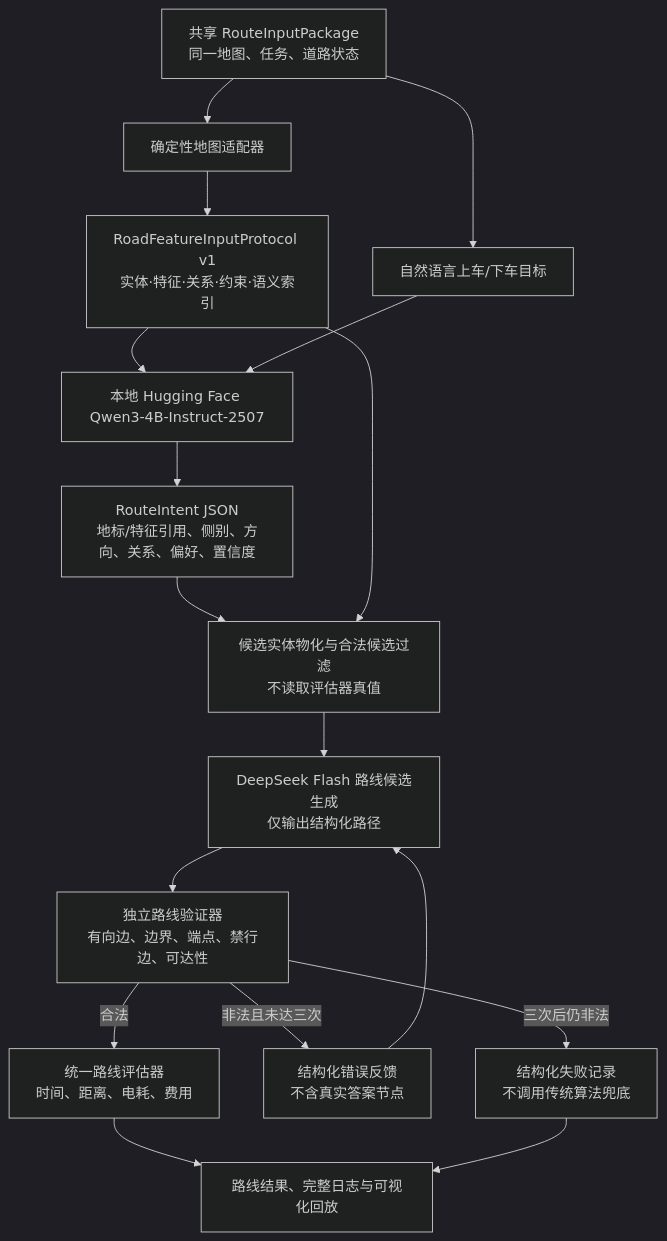
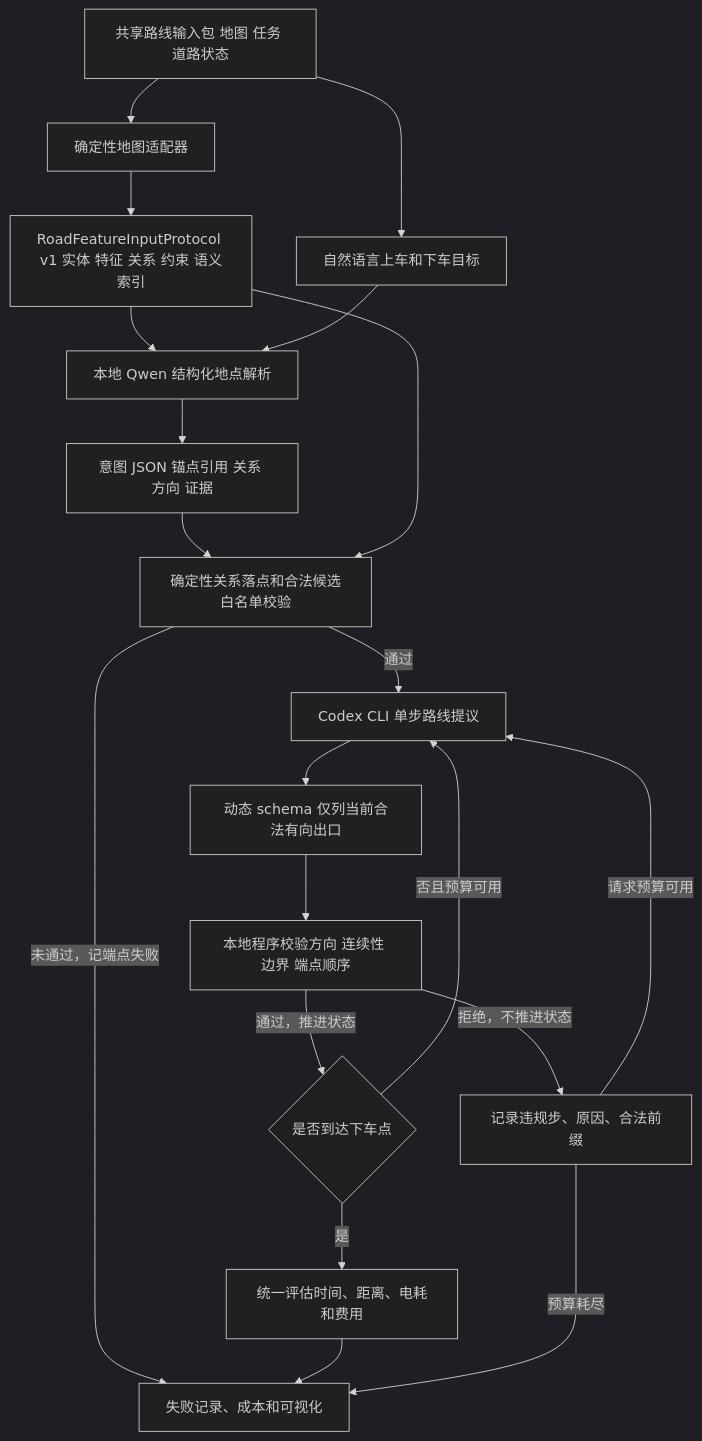
The diagram in docs/route-layer-r4-agent-workflow-structure.mmd (RoystonZheng/Royston_EI), drawn with Mermaid (dark theme) before and after one commit. The commit also changed 1454 other files, not shown here.

```diff
--- a/docs/route-layer-r4-agent-workflow-structure.mmd
+++ b/docs/route-layer-r4-agent-workflow-structure.mmd
@@ -1,17 +1,20 @@
 flowchart TD
-    A[共享 RouteInputPackage<br/>同一地图、任务、道路状态] --> B[确定性地图适配器]
-    B --> C[RoadFeatureInputProtocol v1<br/>实体·特征·关系·约束·语义索引]
-    A --> D[自然语言上车/下车目标]
-    C --> E[本地 Hugging Face Qwen3-4B-Instruct-2507]
+    A[共享路线输入包 地图 任务 道路状态] --> B[确定性地图适配器]
+    B --> C[RoadFeatureInputProtocol v1 实体 特征 关系 约束 语义索引]
+    A --> D[自然语言上车和下车目标]
+    C --> E[本地 Qwen 结构化地点解析]
     D --> E
-    E --> F[RouteIntent JSON<br/>地标/特征引用、侧别、方向、关系、偏好、置信度]
-    F --> G[候选实体物化与合法候选过滤<br/>不读取评估器真值]
+    E --> F[意图 JSON 锚点引用 关系 方向 证据]
+    F --> G[确定性关系落点和合法候选白名单校验]
     C --> G
-    G --> H[DeepSeek Flash 路线候选生成<br/>仅输出结构化路径]
-    H --> I[独立路线验证器<br/>有向边、边界、端点、禁行边、可达性]
-    I -->|合法| J[统一路线评估器<br/>时间、距离、电耗、费用]
-    J --> K[路线结果、完整日志与可视化回放]
-    I -->|非法且未达三次| L[结构化错误反馈<br/>不含真实答案节点]
-    L --> H
-    I -->|三次后仍非法| M[结构化失败记录<br/>不调用传统算法兜底]
+    G -->|未通过，记端点失败| K[失败记录、成本和可视化]
+    G -->|通过| H[Codex CLI 单步路线提议]
+    H --> I[动态 schema 仅列当前合法有向出口]
+    I --> J[本地程序校验方向 连续性 边界 端点顺序]
+    J -->|通过，推进状态| L{是否到达下车点}
+    L -->|否且预算可用| H
+    L -->|是| M[统一评估时间、距离、电耗和费用]
     M --> K
+    J -->|拒绝，不推进状态| N[记录违规步、原因、合法前缀]
+    N -->|请求预算可用| H
+    N -->|预算耗尽| K
```
